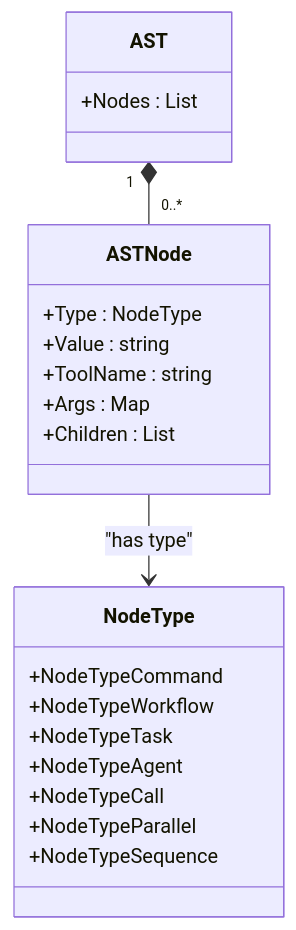
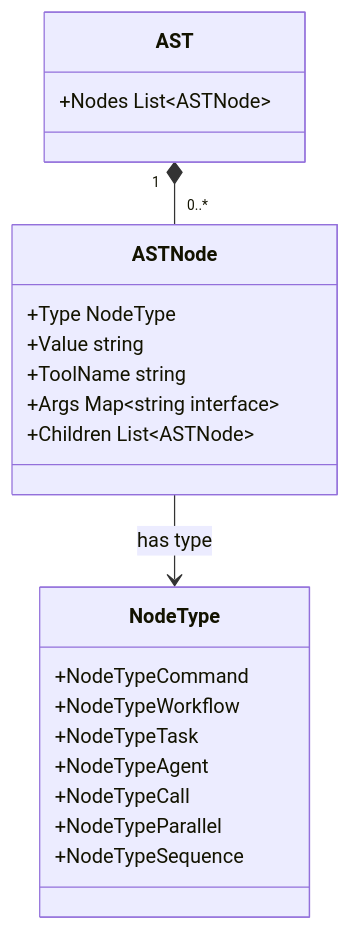
The second of 8 diagrams in docs/Architecture Overview/DSL Processing Engine/Workflow Resolution and Execution.md (prxs-ai/praxis-go-sdk), drawn with Mermaid before and after one commit. The commit also changed other lines of this file and 33 other files, not shown here.

````diff
--- a/docs/Architecture Overview/DSL Processing Engine/Workflow Resolution and Execution.md
+++ b/docs/Architecture Overview/DSL Processing Engine/Workflow Resolution and Execution.md
@@ -110,24 +110,24 @@
 ```mermaid
 classDiagram
 class AST {
-+Nodes : List<ASTNode>
++Nodes List~ASTNode~
 }
 class ASTNode {
-+Type : NodeType
-+Value : string
-+ToolName : string
-+Args : Map<string, interface>
-+Children : List<ASTNode>
++Type NodeType
++Value string
++ToolName string
++Args Map~string interface~
++Children List~ASTNode~
 }
 class NodeType {
 +NodeTypeCommand
 +NodeTypeWorkflow
 +NodeTypeTask
 +NodeTypeAgent
 +NodeTypeCall
 +NodeTypeParallel
 +NodeTypeSequence
 }
 AST "1" *-- "0..*" ASTNode
-ASTNode --> NodeType : "has type"
+ASTNode --> NodeType: has type
 ```
````
